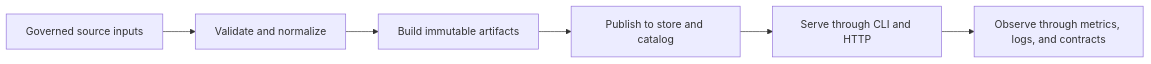
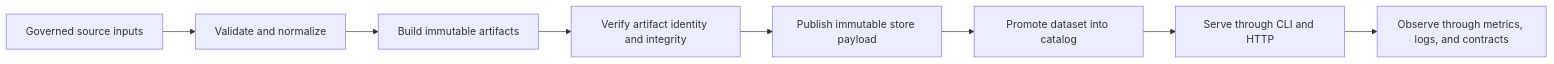
Before and after one commit to bijux/bijux-atlas: the first of 7 diagrams in README.md, drawn with Mermaid. The commit also changed other lines of this file and 2 other files, not shown here.

````diff
--- a/README.md
+++ b/README.md
@@ -139,8 +139,10 @@
 ```mermaid
 flowchart LR
     Sources[Governed source inputs] --> Validate[Validate and normalize]
     Validate --> Build[Build immutable artifacts]
-    Build --> Publish[Publish to store and catalog]
-    Publish --> Serve[Serve through CLI and HTTP]
+    Build --> Verify[Verify artifact identity and integrity]
+    Verify --> Store[Publish immutable store payload]
+    Store --> Catalog[Promote dataset into catalog]
+    Catalog --> Serve[Serve through CLI and HTTP]
     Serve --> Observe[Observe through metrics, logs, and contracts]
 ```
````
